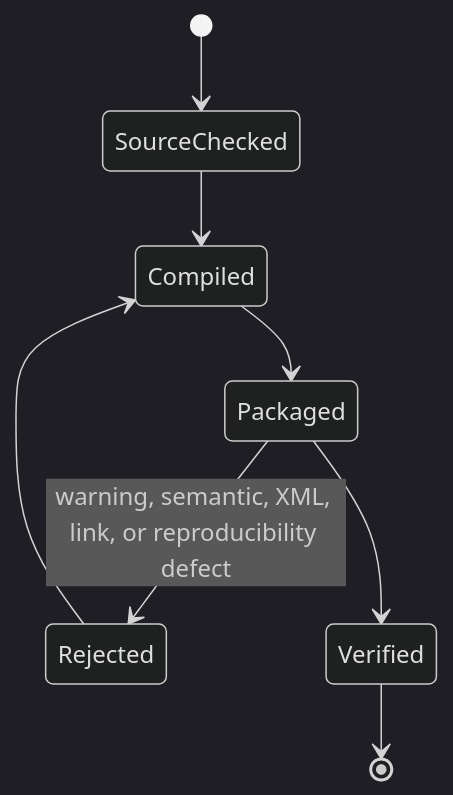
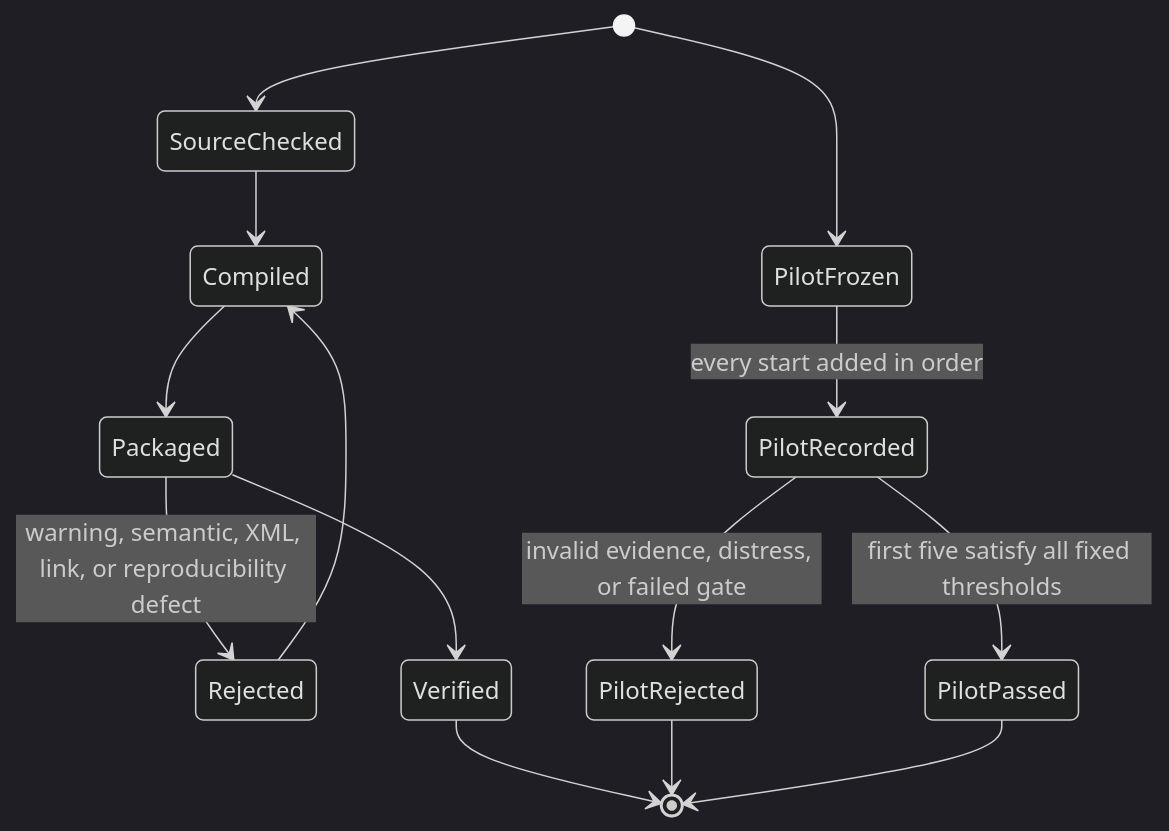
Before and after one commit to streamentry/streamentry: the fourth of 5 diagrams in scripts/AGENTS.md, drawn with Mermaid (dark theme). The commit also changed other lines of this file and 45 other files, not shown here.

````diff
--- a/scripts/AGENTS.md
+++ b/scripts/AGENTS.md
@@ -62,10 +78,16 @@
 ```mermaid
 stateDiagram-v2
   [*] --> SourceChecked
   SourceChecked --> Compiled
   Compiled --> Packaged
   Packaged --> Rejected: warning, semantic, XML, link, or reproducibility defect
   Rejected --> Compiled
   Packaged --> Verified
   Verified --> [*]
+  [*] --> PilotFrozen
+  PilotFrozen --> PilotRecorded: every start added in order
+  PilotRecorded --> PilotRejected: invalid evidence, distress, or failed gate
+  PilotRecorded --> PilotPassed: first five satisfy all fixed thresholds
+  PilotRejected --> [*]
+  PilotPassed --> [*]
 ```
````
